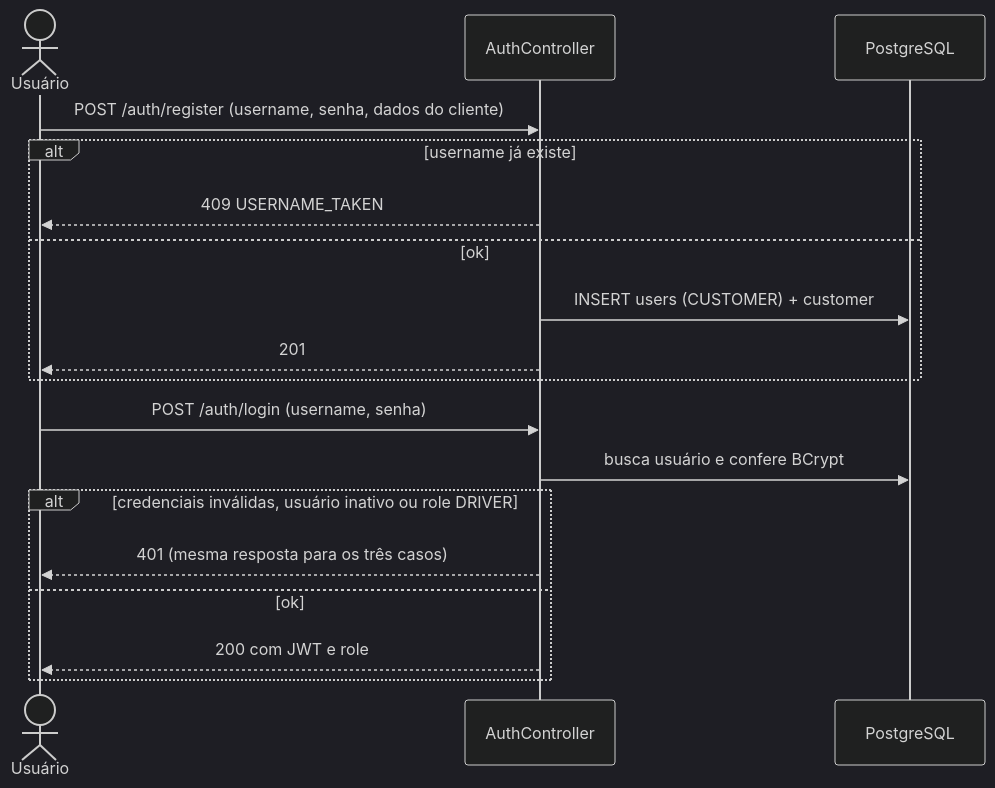
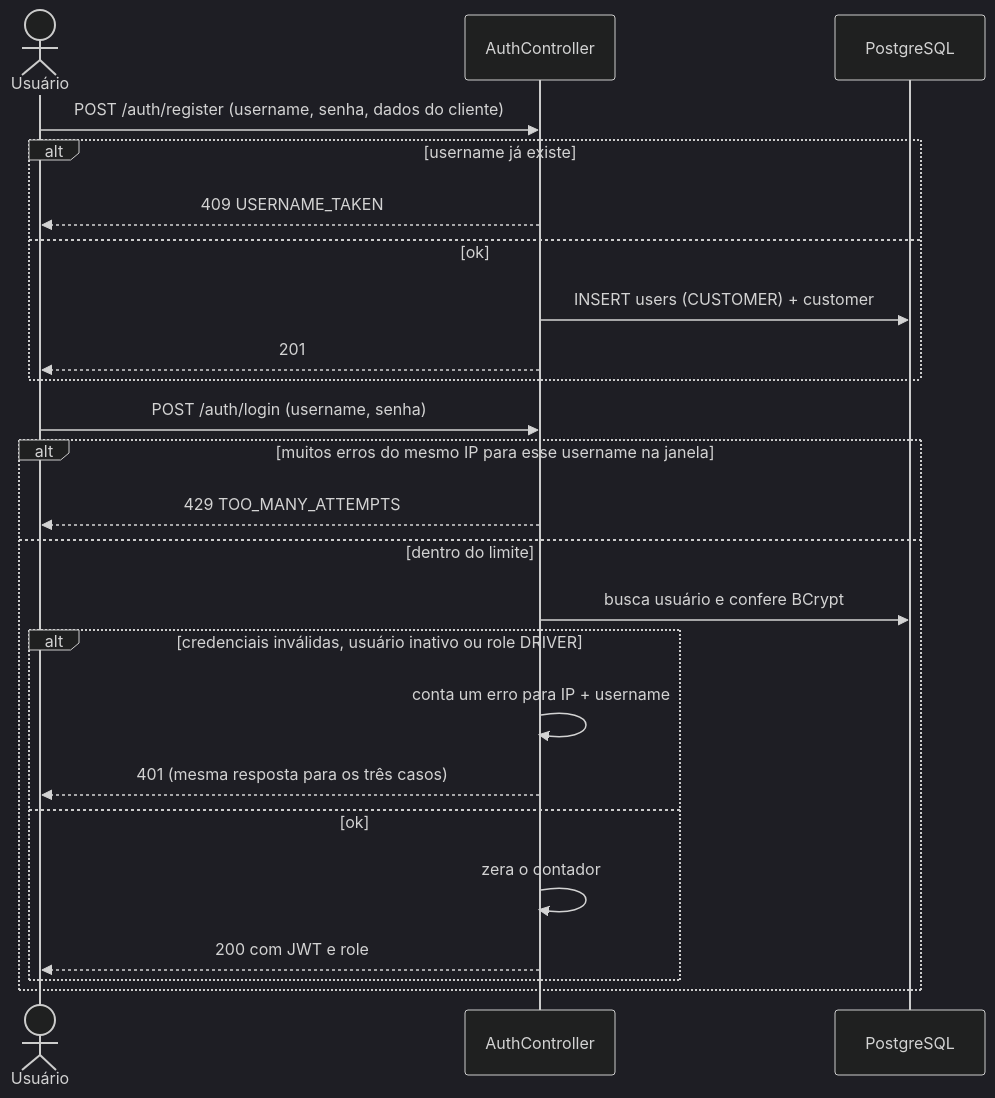
One commit to Edryck/kj-fleets changed the first of 3 diagrams in docs/flows/backend/flow-auth.md. Above: the diagram before and after it, drawn with Mermaid (dark theme). The commit also changed 11 other files, not shown here.

````diff
--- a/docs/flows/backend/flow-auth.md
+++ b/docs/flows/backend/flow-auth.md
@@ -7,22 +7,28 @@
 ```mermaid
 sequenceDiagram
     actor U as Usuário
     participant A as AuthController
     participant DB as PostgreSQL
     U->>A: POST /auth/register (username, senha, dados do cliente)
     alt username já existe
         A-->>U: 409 USERNAME_TAKEN
     else ok
         A->>DB: INSERT users (CUSTOMER) + customer
         A-->>U: 201
     end
 
     U->>A: POST /auth/login (username, senha)
-    A->>DB: busca usuário e confere BCrypt
-    alt credenciais inválidas, usuário inativo ou role DRIVER
-        A-->>U: 401 (mesma resposta para os três casos)
-    else ok
-        A-->>U: 200 com JWT e role
+    alt muitos erros do mesmo IP para esse username na janela
+        A-->>U: 429 TOO_MANY_ATTEMPTS
+    else dentro do limite
+        A->>DB: busca usuário e confere BCrypt
+        alt credenciais inválidas, usuário inativo ou role DRIVER
+            A->>A: conta um erro para IP + username
+            A-->>U: 401 (mesma resposta para os três casos)
+        else ok
+            A->>A: zera o contador
+            A-->>U: 200 com JWT e role
+        end
     end
 
 ```
````
